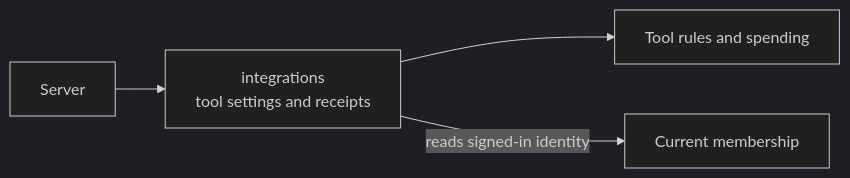
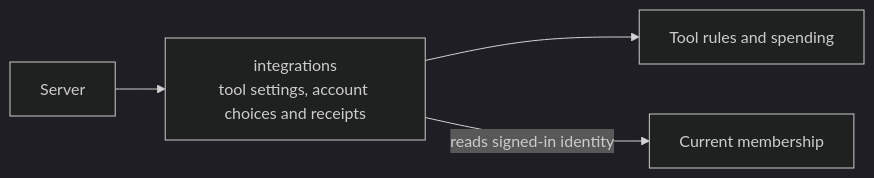
The diagram in apps/server/src/integrations/README.md (elewa-git/opencrane-new), drawn with Mermaid (dark theme) before and after one commit. The commit also changed other lines of this file and 11 other files, not shown here.

Commit message:
✨ Save explicit personal account choices through HTTP

````diff
--- a/apps/server/src/integrations/README.md
+++ b/apps/server/src/integrations/README.md
@@ -69,6 +72,6 @@
 ```mermaid
 flowchart LR
-  server[Server] --> integrations["integrations<br/>tool settings and receipts"]
+  server[Server] --> integrations["integrations<br/>tool settings, account choices and receipts"]
   integrations --> models[Tool rules and spending]
   integrations -->|reads signed-in identity| members[Current membership]
 ```
````
